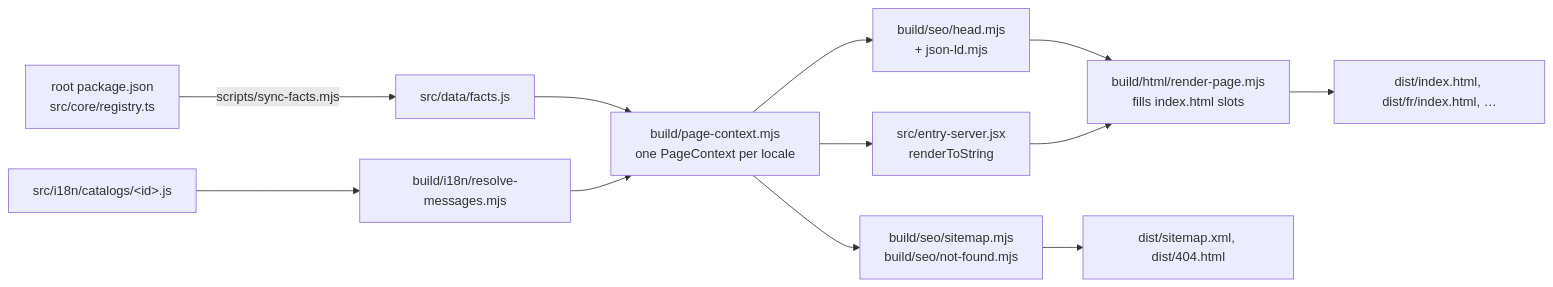
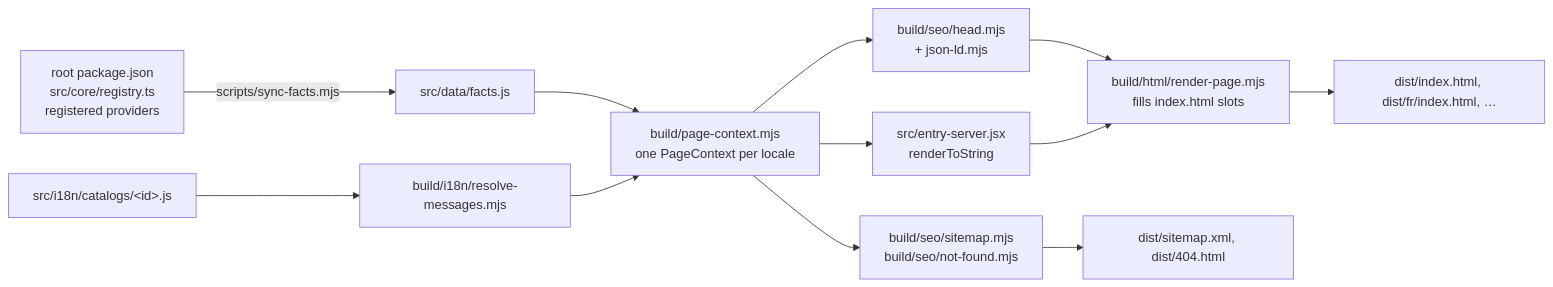
The diagram in docs/development/website.md (LINDECKER-Charles/gup), drawn with Mermaid before and after one commit. The commit also changed other lines of this file and 1 other file, not shown here.

````diff
--- a/docs/development/website.md
+++ b/docs/development/website.md
@@ -23,14 +23,14 @@
 ```mermaid
 flowchart LR
-  F["root package.json<br/>src/core/registry.ts"] -->|scripts/sync-facts.mjs| FA["src/data/facts.js"]
+  F["root package.json<br/>src/core/registry.ts<br/>registered providers"] -->|scripts/sync-facts.mjs| FA["src/data/facts.js"]
   C["src/i18n/catalogs/&lt;id&gt;.js"] --> R["build/i18n/resolve-messages.mjs"]
   FA --> P["build/page-context.mjs<br/>one PageContext per locale"]
   R --> P
   P --> H["build/seo/head.mjs<br/>+ json-ld.mjs"]
   P --> S["src/entry-server.jsx<br/>renderToString"]
   P --> X["build/seo/sitemap.mjs<br/>build/seo/not-found.mjs"]
   H --> T["build/html/render-page.mjs<br/>fills index.html slots"]
   S --> T
   T --> D["dist/index.html, dist/fr/index.html, …"]
   X --> D2["dist/sitemap.xml, dist/404.html"]
 ```
````
